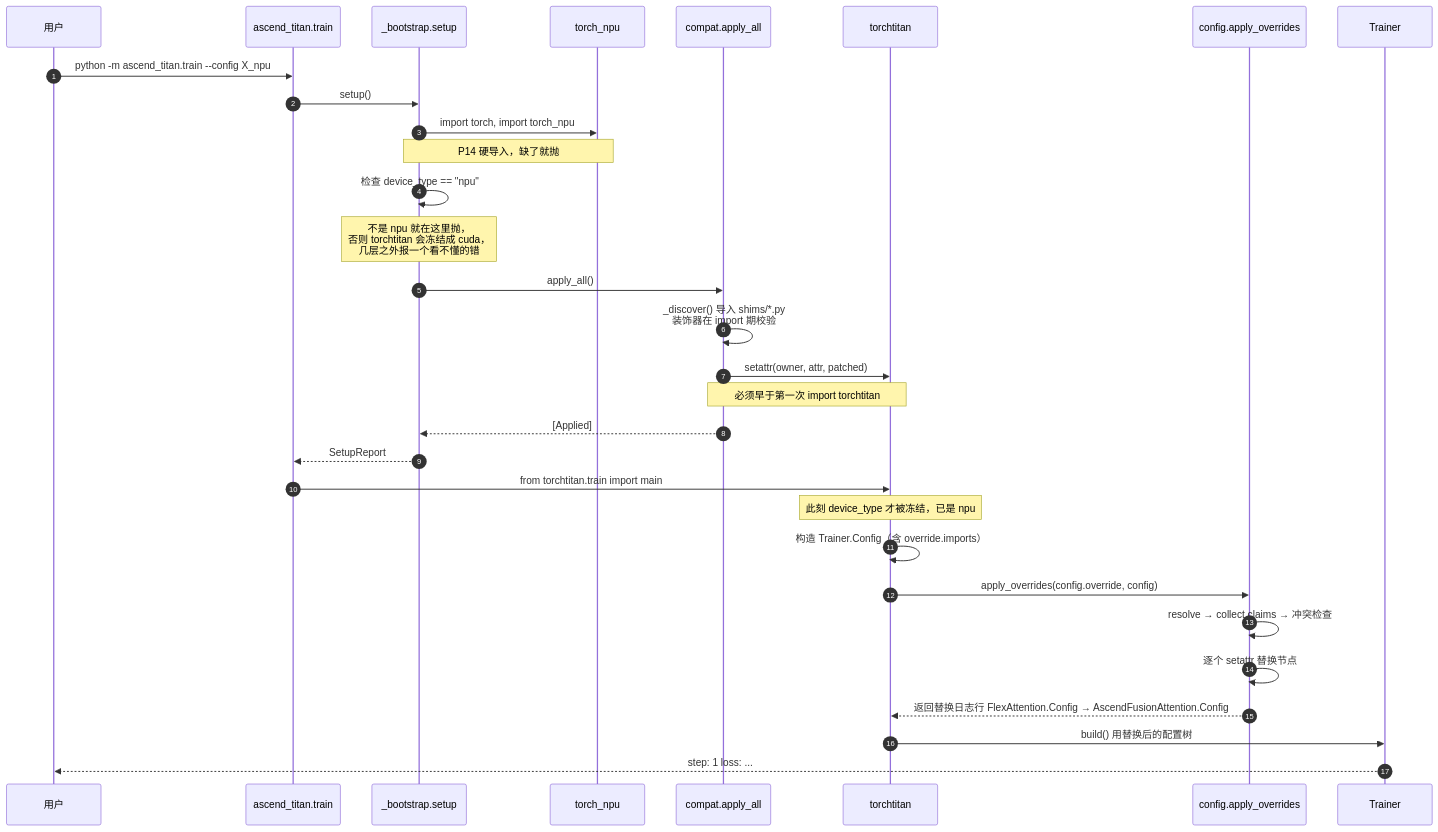
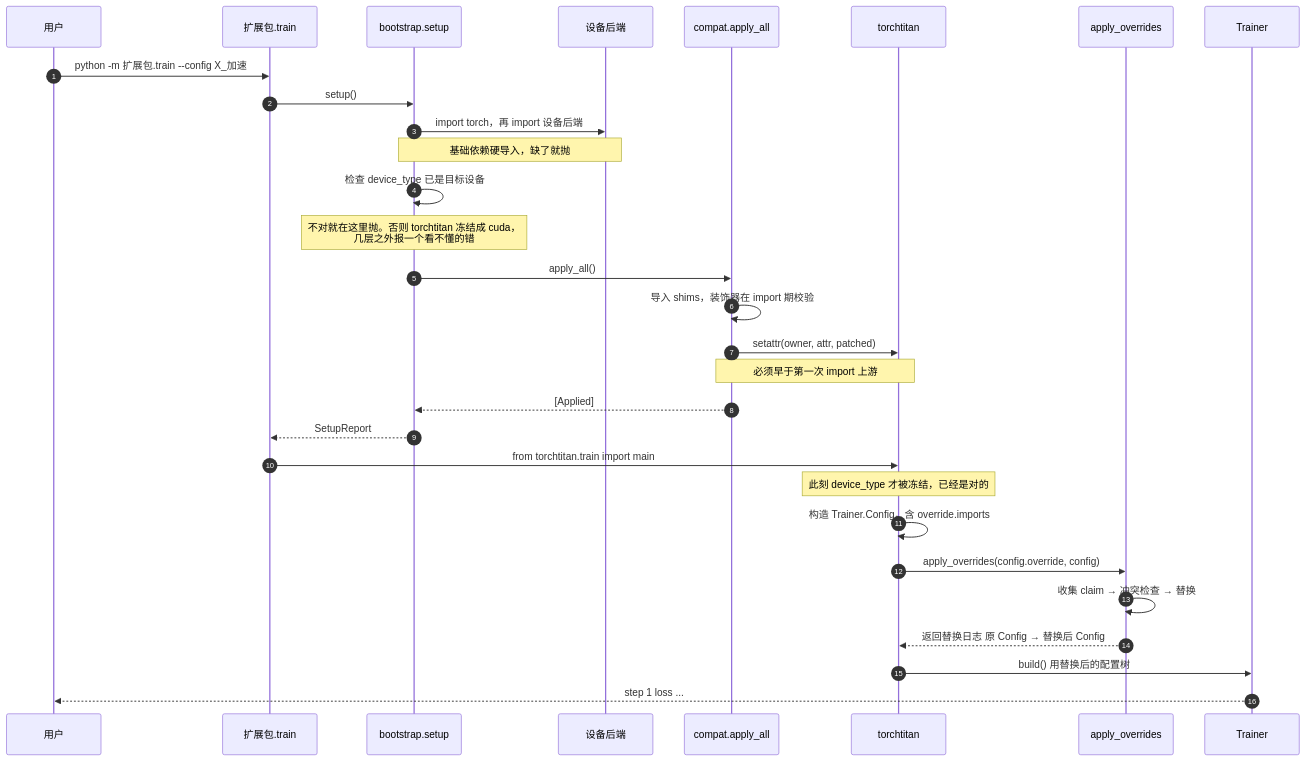
One commit to JavaZeroo/ascend-torchtitan changed the fourth of 15 diagrams in docs/design/shim-and-override.md. Above: the diagram before and after it, drawn with Mermaid. The commit also changed other lines of this file and 1 other file, not shown here.

````diff
--- a/docs/design/shim-and-override.md
+++ b/docs/design/shim-and-override.md
@@ -159,34 +146,33 @@
 ```mermaid
 sequenceDiagram
     autonumber
     participant U as 用户
-    participant T as ascend_titan.train
-    participant B as _bootstrap.setup
-    participant NPU as torch_npu
+    participant T as 扩展包.train
+    participant B as bootstrap.setup
+    participant NPU as 设备后端
     participant SH as compat.apply_all
     participant TT as torchtitan
-    participant OV as config.apply_overrides
+    participant OV as apply_overrides
     participant TR as Trainer
 
-    U->>T: python -m ascend_titan.train --config X_npu
+    U->>T: python -m 扩展包.train --config X_加速
     T->>B: setup()
-    B->>NPU: import torch, import torch_npu
-    Note over B,NPU: P14 硬导入，缺了就抛
-    B->>B: 检查 device_type == "npu"
-    Note over B: 不是 npu 就在这里抛，<br/>否则 torchtitan 会冻结成 cuda，<br/>几层之外报一个看不懂的错
+    B->>NPU: import torch，再 import 设备后端
+    Note over B,NPU: 基础依赖硬导入，缺了就抛
+    B->>B: 检查 device_type 已是目标设备
+    Note over B: 不对就在这里抛。否则 torchtitan 冻结成 cuda，<br/>几层之外报一个看不懂的错
     B->>SH: apply_all()
-    SH->>SH: _discover() 导入 shims/*.py<br/>装饰器在 import 期校验
+    SH->>SH: 导入 shims，装饰器在 import 期校验
     SH->>TT: setattr(owner, attr, patched)
-    Note over SH,TT: 必须早于第一次 import torchtitan
+    Note over SH,TT: 必须早于第一次 import 上游
     SH-->>B: [Applied]
     B-->>T: SetupReport
     T->>TT: from torchtitan.train import main
-    Note over TT: 此刻 device_type 才被冻结，已是 npu
-    TT->>TT: 构造 Trainer.Config（含 override.imports）
+    Note over TT: 此刻 device_type 才被冻结，已经是对的
+    TT->>TT: 构造 Trainer.Config，含 override.imports
     TT->>OV: apply_overrides(config.override, config)
-    OV->>OV: resolve → collect claims → 冲突检查
-    OV->>OV: 逐个 setattr 替换节点
-    OV-->>TT: 返回替换日志行 FlexAttention.Config → AscendFusionAttention.Config
+    OV->>OV: 收集 claim → 冲突检查 → 替换
+    OV-->>TT: 返回替换日志 原 Config → 替换后 Config
     TT->>TR: build() 用替换后的配置树
-    TR-->>U: step: 1 loss: ...
+    TR-->>U: step 1 loss ...
 ```
````
